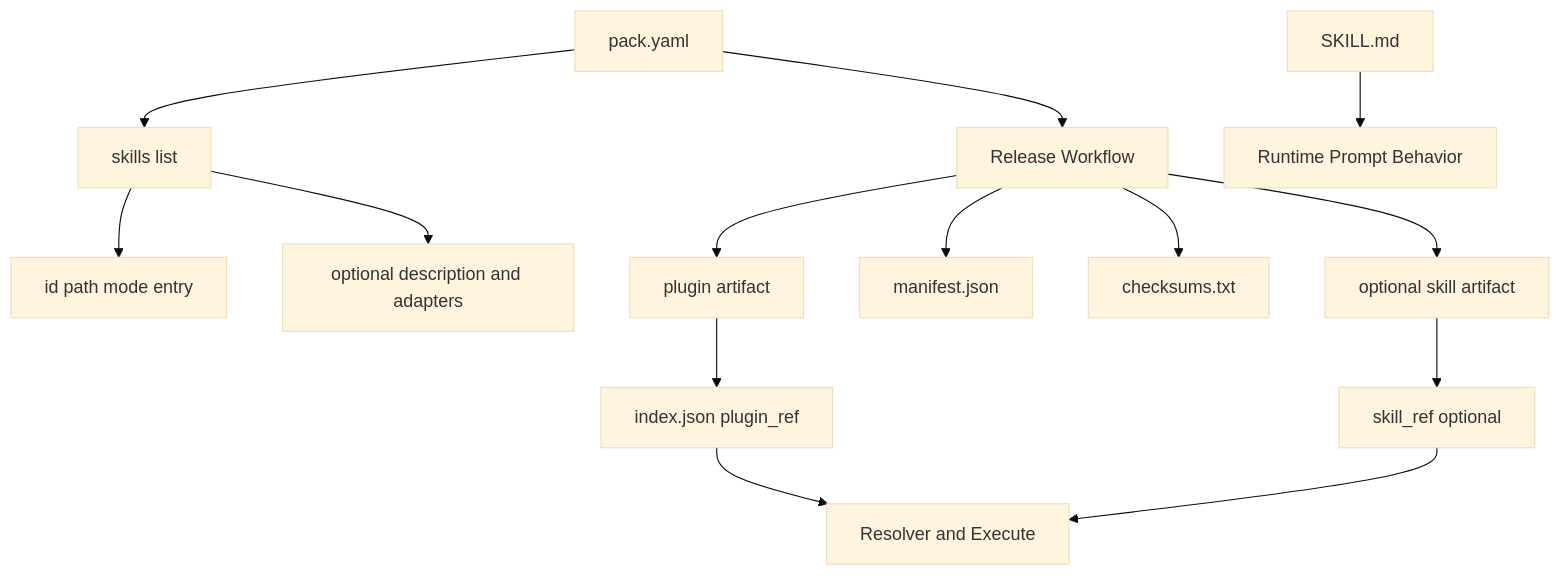
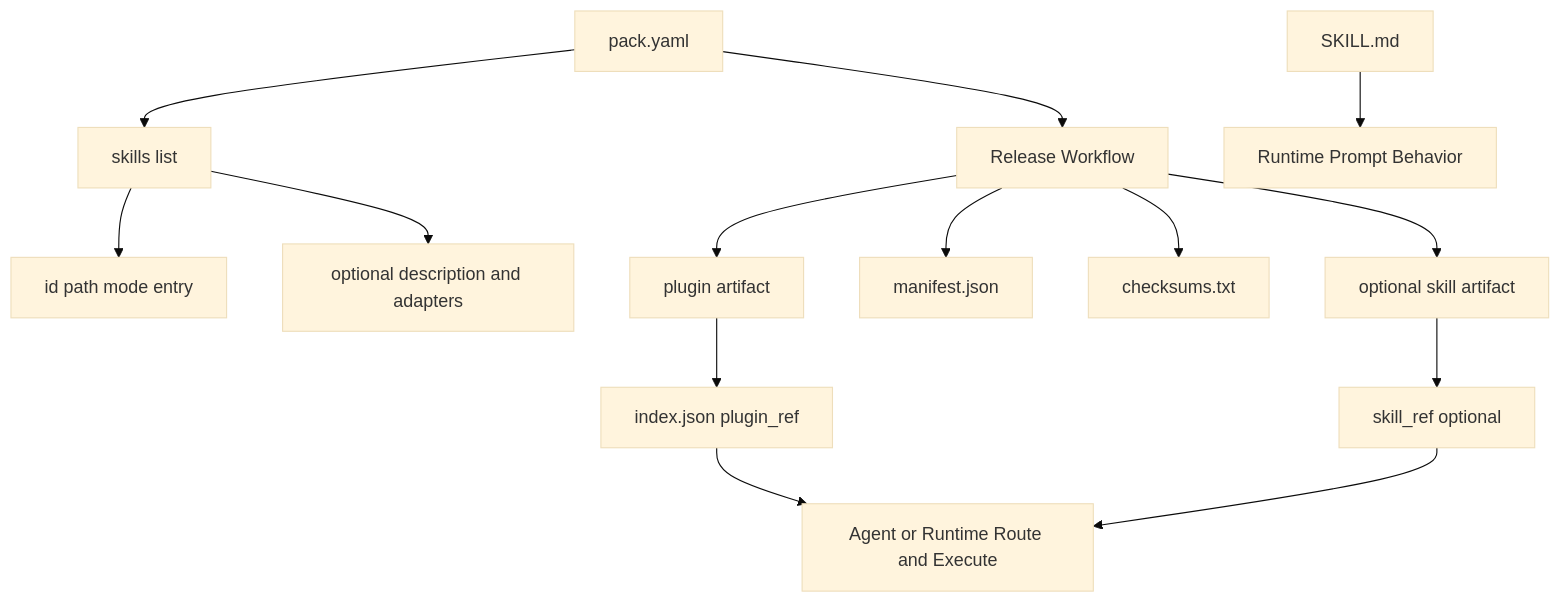
The second of 2 diagrams in docs/phase1/DESIGN.md (devbolin/skills), drawn with Mermaid (base theme) before and after one commit. The commit also changed other lines of this file and 3 other files, not shown here.

````diff
--- a/docs/phase1/DESIGN.md
+++ b/docs/phase1/DESIGN.md
@@ -55,16 +55,16 @@
 ```mermaid
 flowchart TD
   P[pack.yaml] --> S[skills list]
   S --> M[id path mode entry]
   S --> O[optional description and adapters]
   K[SKILL.md] --> R[Runtime Prompt Behavior]
   P --> W[Release Workflow]
   W --> A[plugin artifact]
   W --> B[manifest.json]
   W --> C[checksums.txt]
   W --> D[optional skill artifact]
   A --> I[index.json plugin_ref]
   D --> X[skill_ref optional]
-  I --> Z[Resolver and Execute]
+  I --> Z[Agent or Runtime Route and Execute]
   X --> Z
 ```
````
